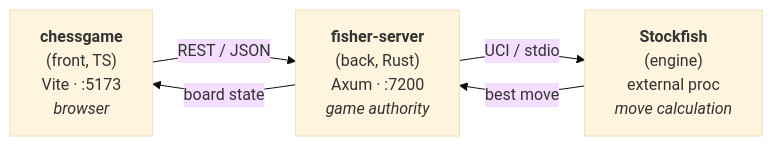
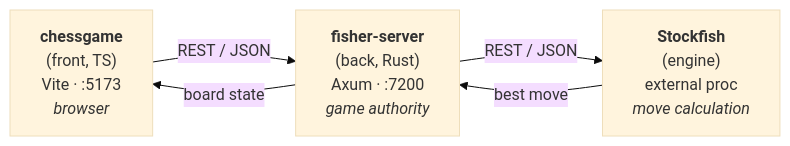
The diagram in _ai/global/architecture.md (denis-papin/chessgame), drawn with Mermaid (base theme) before and after one commit. The commit also changed other lines of this file and 16 other files, not shown here.

````diff
--- a/_ai/global/architecture.md
+++ b/_ai/global/architecture.md
@@ -15,11 +15,11 @@
 ```mermaid
 flowchart LR
     A["<b>chessgame</b><br/>(front, TS)<br/>Vite · :5173<br/><i>browser</i>"]
     B["<b>fisher-server</b><br/>(back, Rust)<br/>Axum · :7200<br/><i>game authority</i>"]
     C["<b>Stockfish</b><br/>(engine)<br/>external proc<br/><i>move calculation</i>"]
 
     A -->|REST / JSON| B
     B -->|board state| A
-    B -->|UCI / stdio| C
+    B -->|REST / JSON| C
     C -->|best move| B
 ```
````
